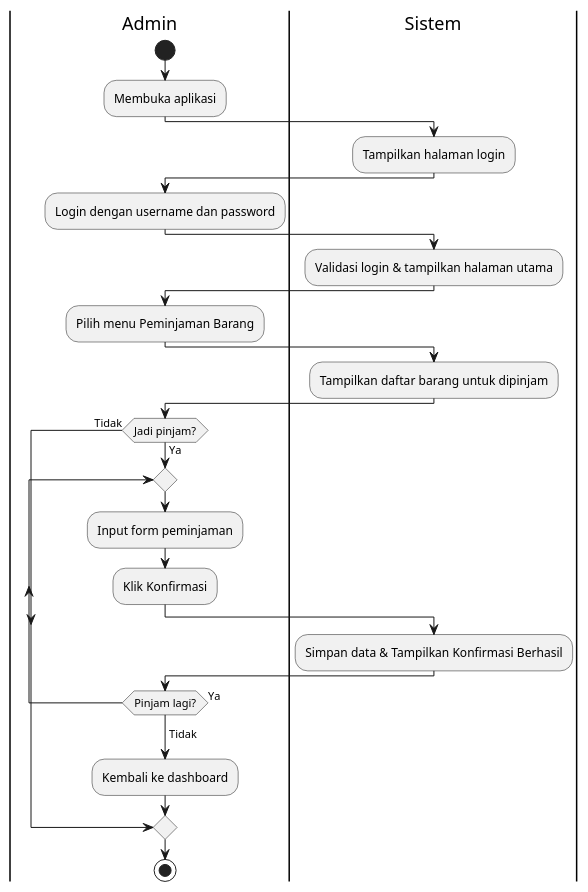
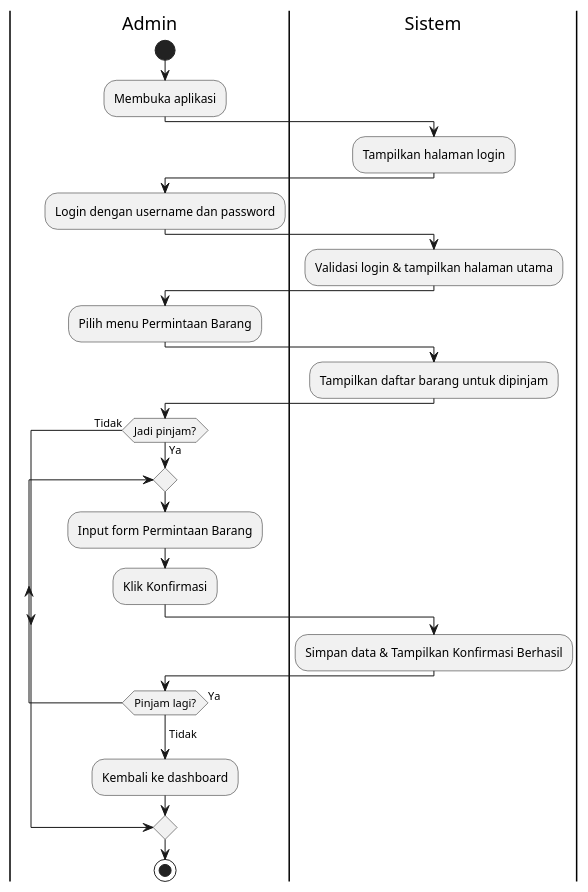
Before and after one commit to Fannandya/diagramPABD: the diagram in Activity Diagram/activityPermintaanBarang.puml, drawn with PlantUML.

Commit message:
mengganti file permintaan barang

```diff
--- a/Activity Diagram/activityPermintaanBarang.puml
+++ b/Activity Diagram/activityPermintaanBarang.puml
@@ -1,34 +1,33 @@
 @startuml activityPeminjamanBarang
 |Admin|
 start
 :Membuka aplikasi;
 |Sistem|
 :Tampilkan halaman login;
 |Admin|
 :Login dengan username dan password;
 |Sistem|
 :Validasi login & tampilkan halaman utama;
 |Admin|
-:Pilih menu Peminjaman Barang;
-
+:Pilih menu Permintaan Barang;
 |Sistem|
 :Tampilkan daftar barang untuk dipinjam;
 
 |Admin|
 if (Jadi pinjam?) then (Ya)
   repeat
     |Admin|
-    :Input form peminjaman;
+    :Input form Permintaan Barang;
     :Klik Konfirmasi;
     |Sistem|
     :Simpan data & Tampilkan Konfirmasi Berhasil;
 
     |Admin|
   repeat while (Pinjam lagi?) is (Ya)
   ->Tidak;
   :Kembali ke dashboard;
 else (Tidak)
 endif
 
 stop
 @enduml
```
